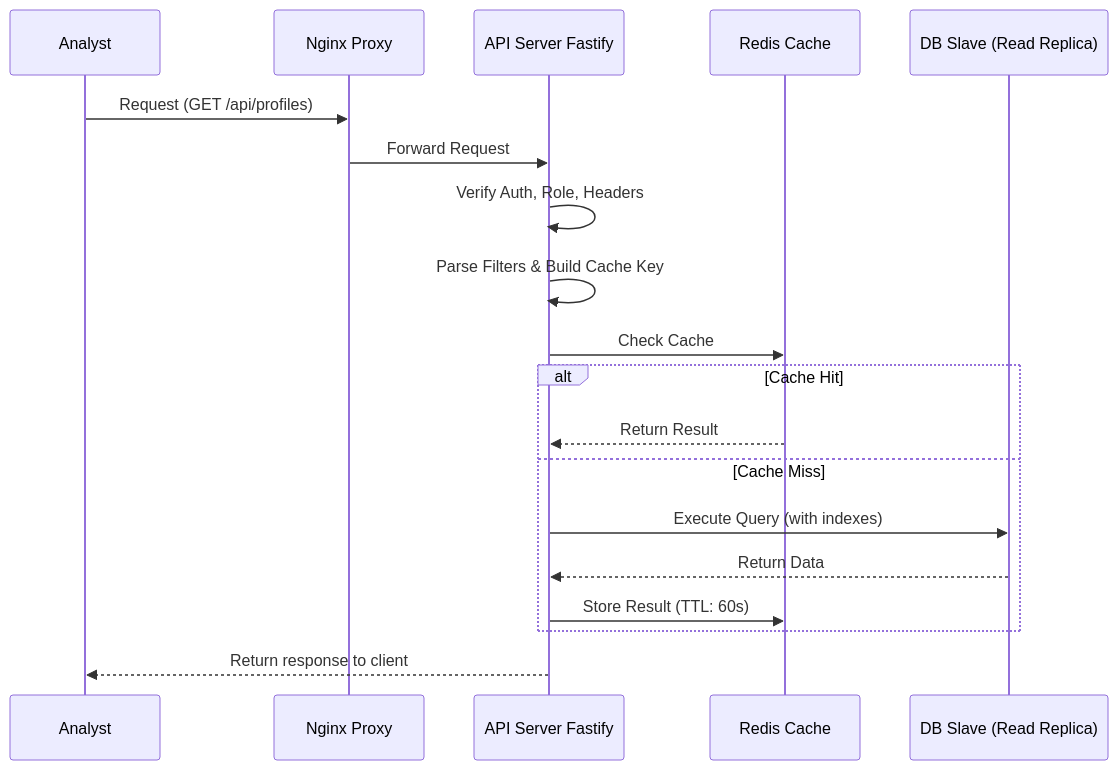
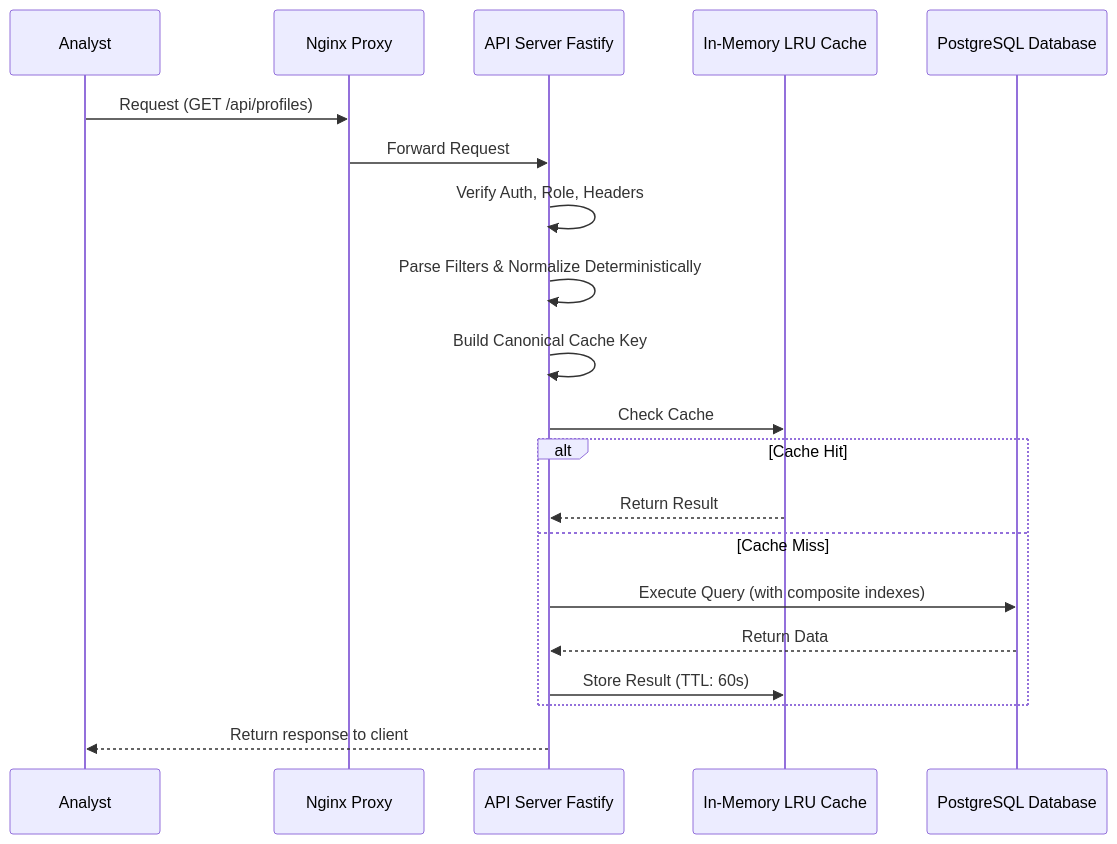
One commit to cybarry/insighta-backend changed the second of 4 diagrams in stage-4a-design.md. Above: the diagram before and after it, drawn with Mermaid. The commit also changed other lines of this file, not shown here.

````diff
--- a/stage-4a-design.md
+++ b/stage-4a-design.md
@@ -81,22 +78,23 @@
 ```mermaid
 sequenceDiagram
     participant C as Analyst
     participant N as Nginx Proxy
     participant A as API Server Fastify
-    participant R as Redis Cache
-    participant DB as DB Slave (Read Replica)
+    participant R as In-Memory LRU Cache
+    participant DB as PostgreSQL Database
 
     C->>N: Request (GET /api/profiles)
     N->>A: Forward Request
     A->>A: Verify Auth, Role, Headers
-    A->>A: Parse Filters & Build Cache Key
+    A->>A: Parse Filters & Normalize Deterministically
+    A->>A: Build Canonical Cache Key
     A->>R: Check Cache
     alt Cache Hit
         R-->>A: Return Result
     else Cache Miss
-        A->>DB: Execute Query (with indexes)
+        A->>DB: Execute Query (with composite indexes)
         DB-->>A: Return Data
         A->>R: Store Result (TTL: 60s)
     end
     A-->>C: Return response to client
 ```
````
